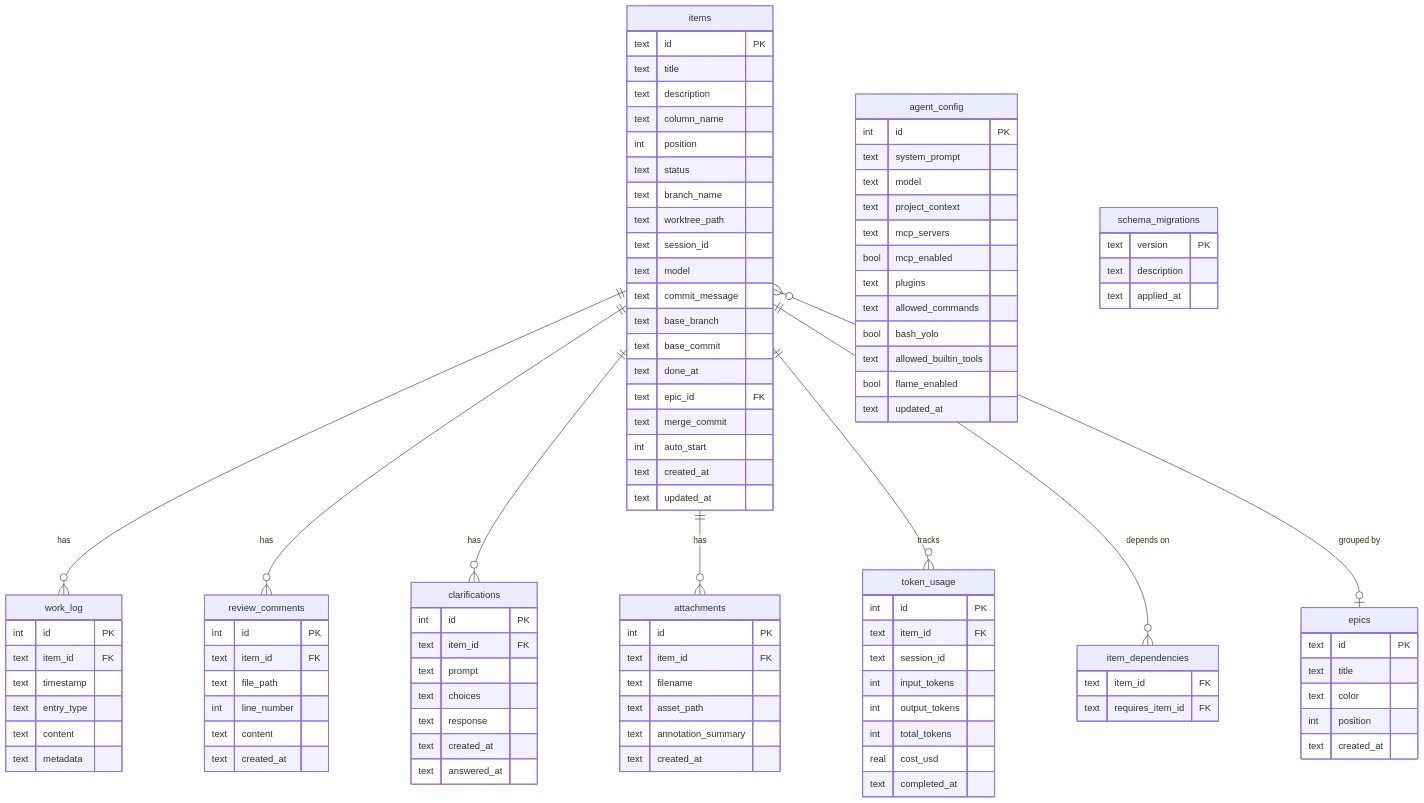
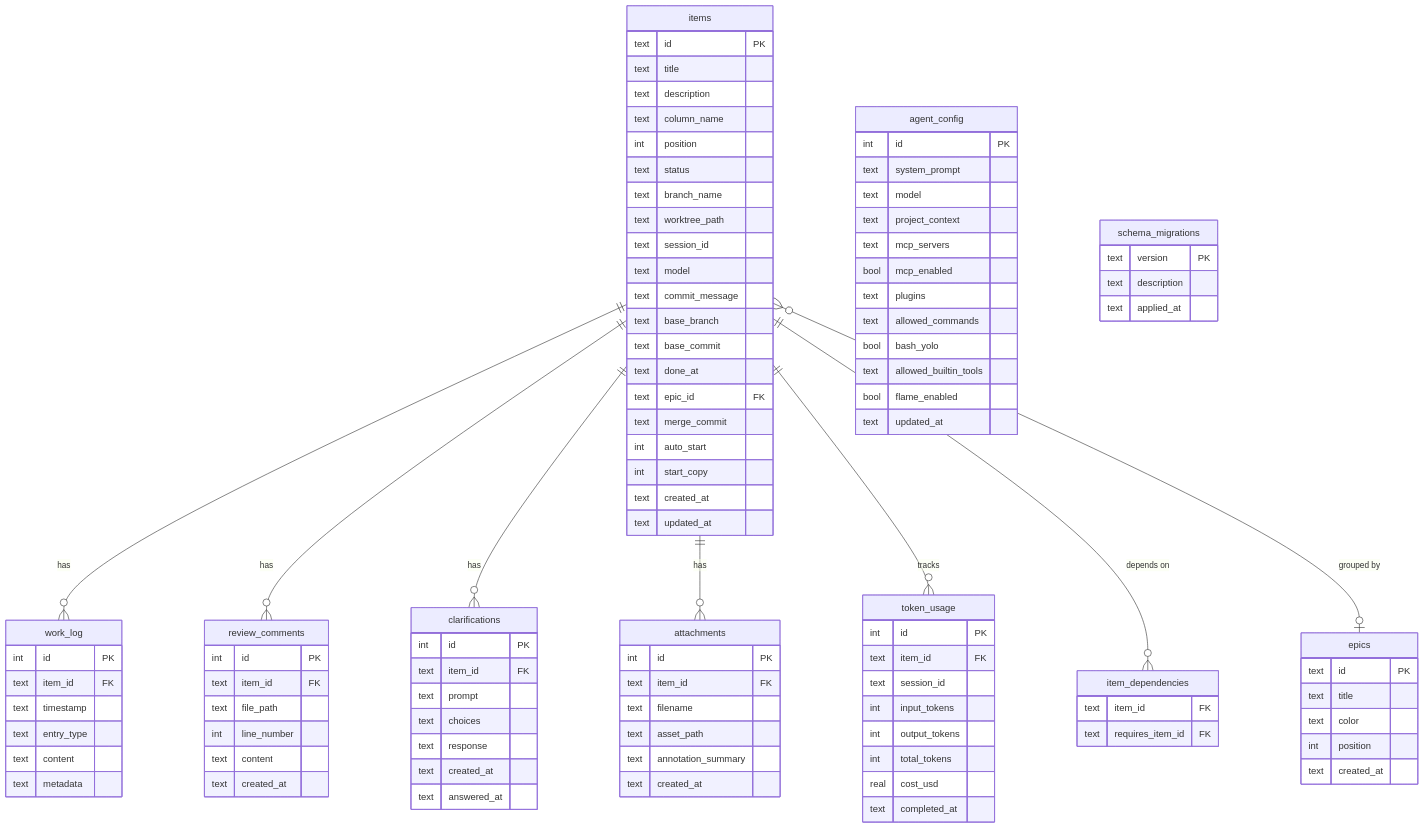
One commit to epatel/claude-agents-dashboard changed the fourth of 4 diagrams in README.md. Above: the diagram before and after it, drawn with Mermaid. The commit also changed other lines of this file and 5 other files, not shown here.

Commit message:
Update docs for migration 014 (start_copy flag), refresh line counts and file totals across README.md, tests/README.md, CLAUDE.md, and AGENT_FILES

```diff
--- a/README.md
+++ b/README.md
@@ -258,6 +258,7 @@
         text epic_id FK
         text merge_commit
         int auto_start
+        int start_copy
         text created_at
         text updated_at
     }
```
